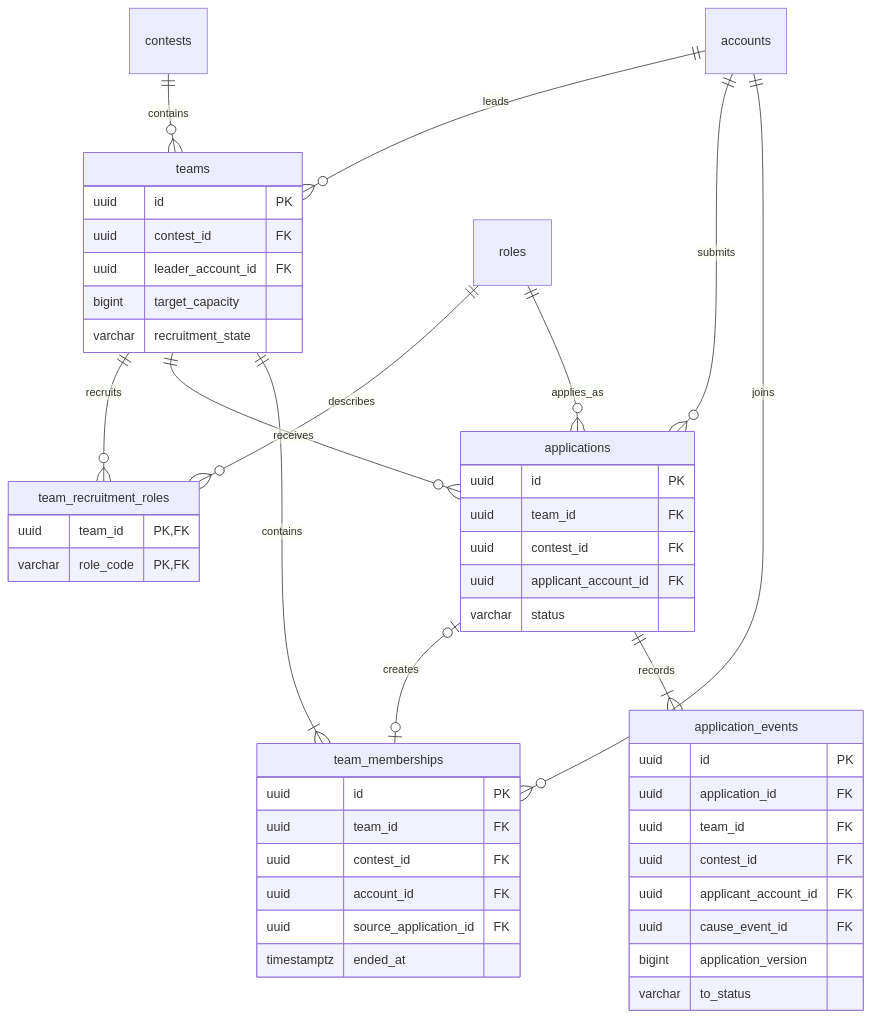
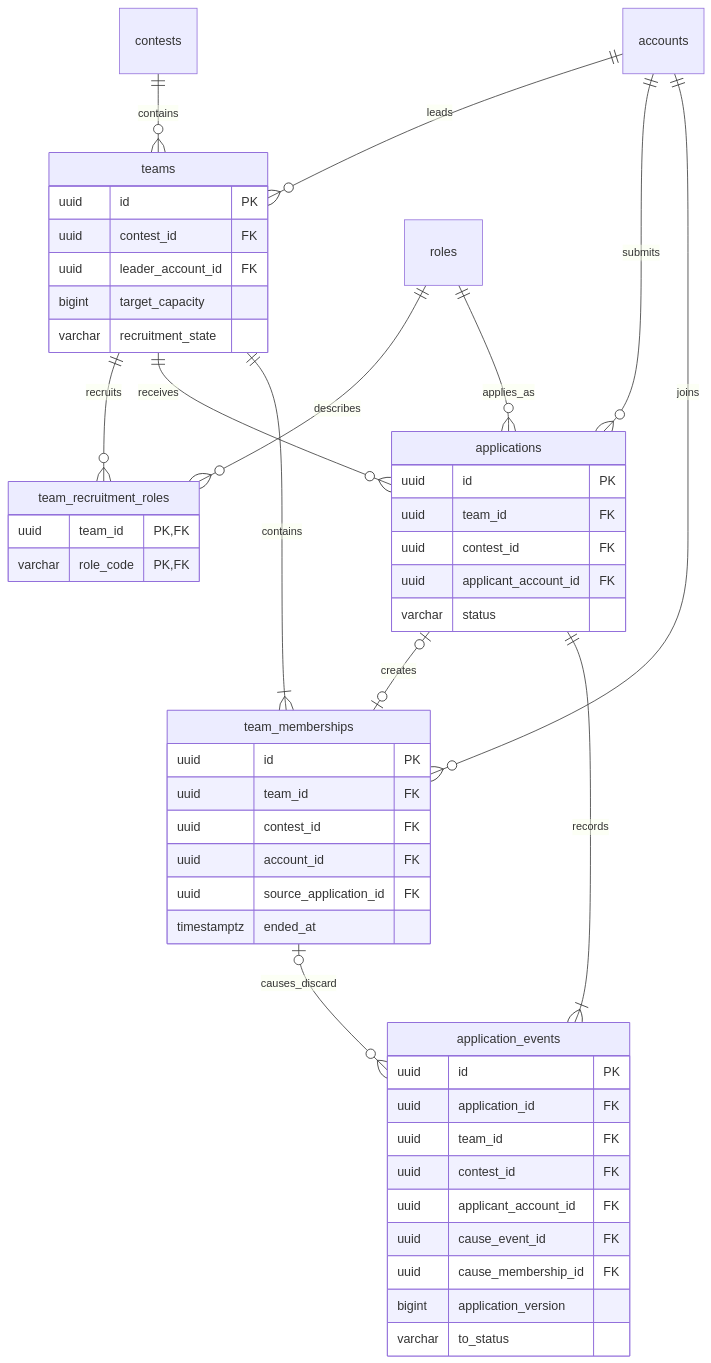
Before and after one commit to wejo-team/sku-dreamon: the diagram in docs/database/teams.md, drawn with Mermaid. The commit also changed other lines of this file and 15 other files, not shown here.

````diff
--- a/docs/database/teams.md
+++ b/docs/database/teams.md
@@ -22,50 +22,52 @@
 ```mermaid
 erDiagram
   contests ||--o{ teams : contains
   accounts ||--o{ teams : leads
   teams ||--o{ team_recruitment_roles : recruits
   roles ||--o{ team_recruitment_roles : describes
   teams ||--o{ applications : receives
   accounts ||--o{ applications : submits
   roles ||--o{ applications : applies_as
   teams ||--|{ team_memberships : contains
   accounts ||--o{ team_memberships : joins
   applications o|--o| team_memberships : creates
   applications ||--|{ application_events : records
+  team_memberships o|--o{ application_events : causes_discard
   teams {
     uuid id PK
     uuid contest_id FK
     uuid leader_account_id FK
     bigint target_capacity
     varchar recruitment_state
   }
   applications {
     uuid id PK
     uuid team_id FK
     uuid contest_id FK
     uuid applicant_account_id FK
     varchar status
   }
   team_memberships {
     uuid id PK
     uuid team_id FK
     uuid contest_id FK
     uuid account_id FK
     uuid source_application_id FK
     timestamptz ended_at
   }
   team_recruitment_roles {
     uuid team_id PK,FK
     varchar role_code PK,FK
   }
   application_events {
     uuid id PK
     uuid application_id FK
     uuid team_id FK
     uuid contest_id FK
     uuid applicant_account_id FK
     uuid cause_event_id FK
+    uuid cause_membership_id FK
     bigint application_version
     varchar to_status
   }
 ```
````
